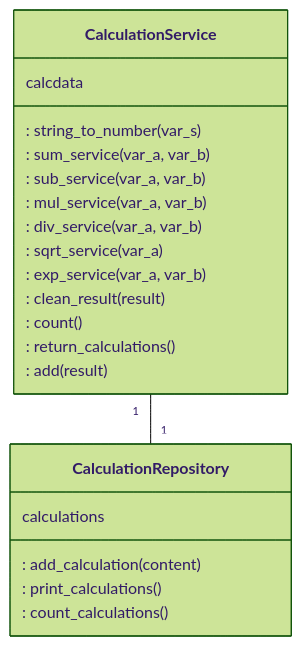
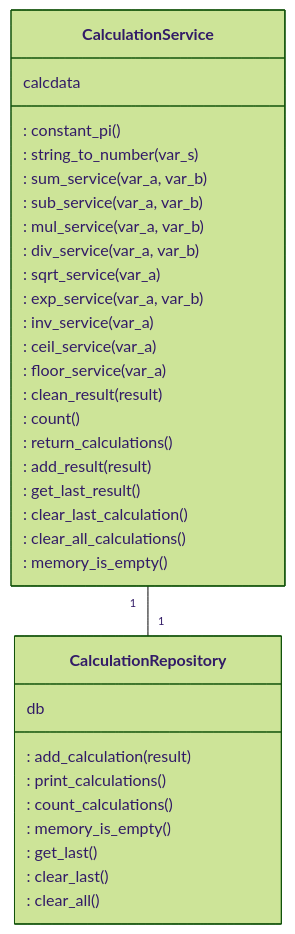
Before and after one commit to n0spoon/ot-harjoitustyo: the first of 2 diagrams in dokumentaatio/arkkitehtuuri.md, drawn with Mermaid (forest theme). The commit also changed other lines of this file, not shown here.

````diff
--- a/dokumentaatio/arkkitehtuuri.md
+++ b/dokumentaatio/arkkitehtuuri.md
@@ -13,24 +13,36 @@
 ```mermaid
  classDiagram
      CalculationService "1" -- "1" CalculationRepository
      class CalculationService{
          calcdata
+     : constant_pi()
      : string_to_number(var_s)
      : sum_service(var_a, var_b)
      : sub_service(var_a, var_b)
      : mul_service(var_a, var_b)
      : div_service(var_a, var_b)
      : sqrt_service(var_a)
      : exp_service(var_a, var_b)
+     : inv_service(var_a)
+     : ceil_service(var_a)
+     : floor_service(var_a)
      : clean_result(result)
      : count()
      : return_calculations()
-     : add(result)
+     : add_result(result)
+     : get_last_result()
+     : clear_last_calculation()
+     : clear_all_calculations()
+     : memory_is_empty()
      }
      class CalculationRepository{
-         calculations
-     : add_calculation(content)
+         db
+     : add_calculation(result)
      : print_calculations()
      : count_calculations()
+     : memory_is_empty()
+     : get_last()
+     : clear_last()
+     : clear_all()
      }
 ```
````
